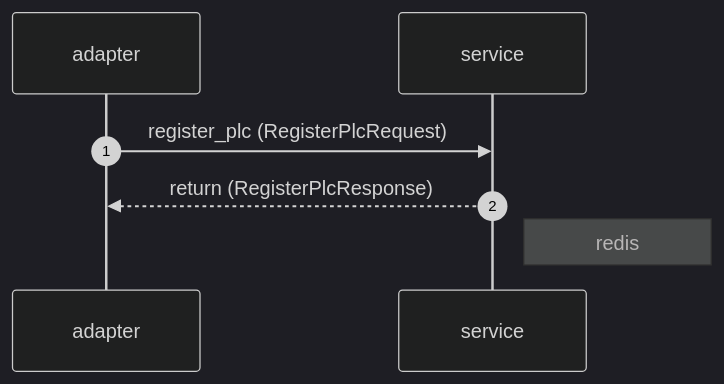
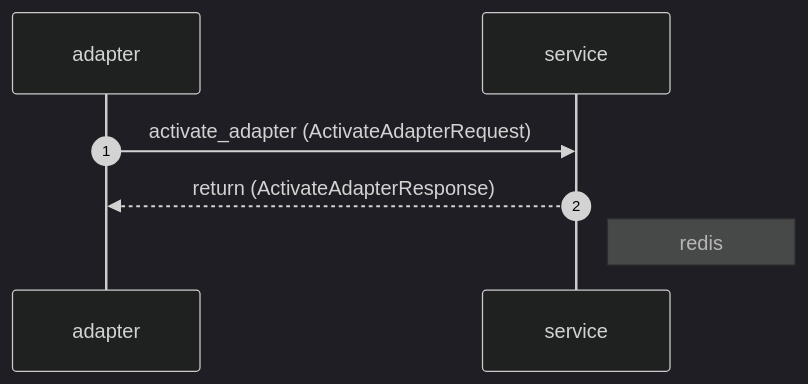
Before and after one commit to FutureOrientedGB/plc_control: the second of 7 diagrams in README.md, drawn with Mermaid (dark theme). The commit also changed other lines of this file and 15 other files, not shown here.

Commit message:
[doc] [plc_proto] [plc_service] one plc adapter handle one type of plc devices, service dispatch rpc call by plc type

````diff
--- a/README.md
+++ b/README.md
@@ -8,11 +13,11 @@
 ```mermaid
 sequenceDiagram
     autonumber
     participant adapter
     participant service
 
-adapter->>service: register_plc (RegisterPlcRequest)
-service-->>adapter: return (RegisterPlcResponse)
+adapter->>service: activate_adapter (ActivateAdapterRequest)
+service-->>adapter: return (ActivateAdapterResponse)
 
 Note right of service: redis
 ```
````
